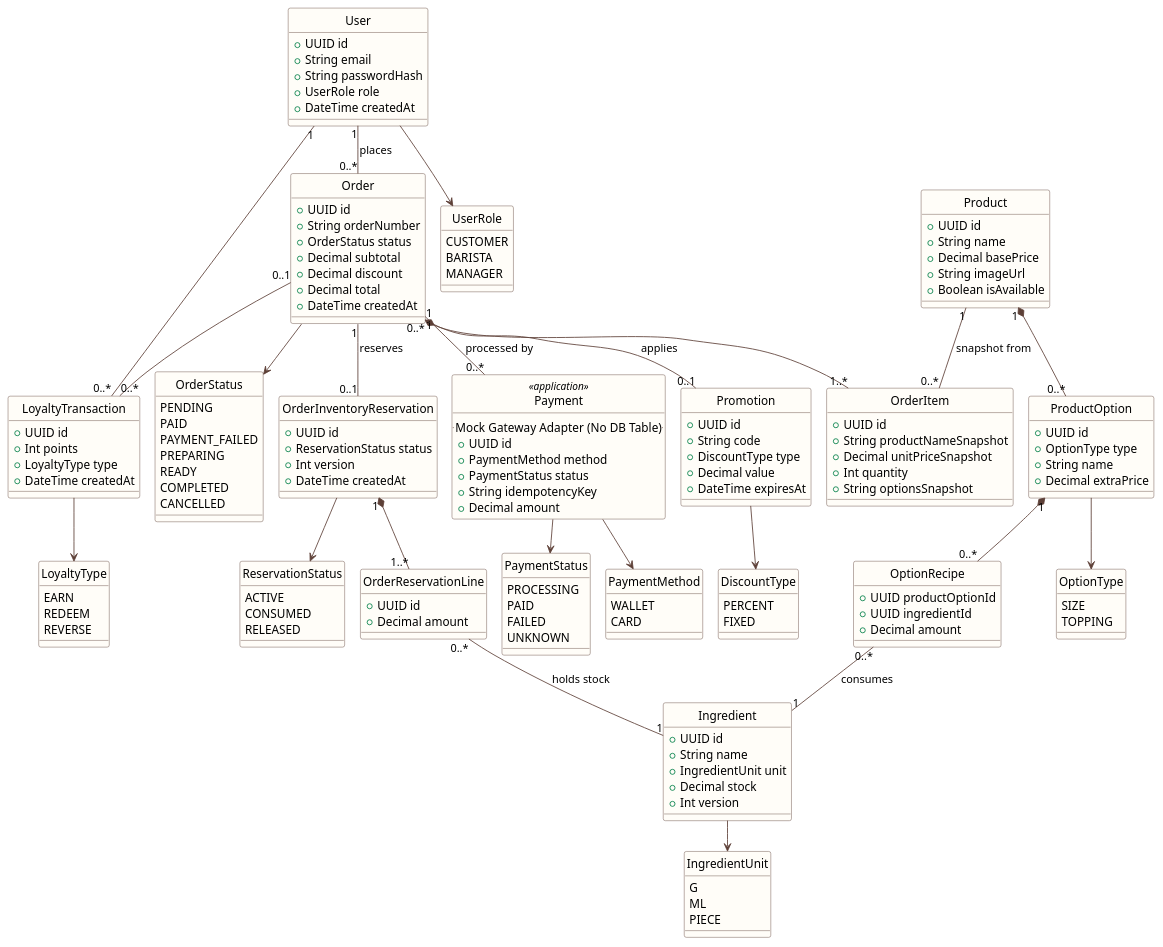
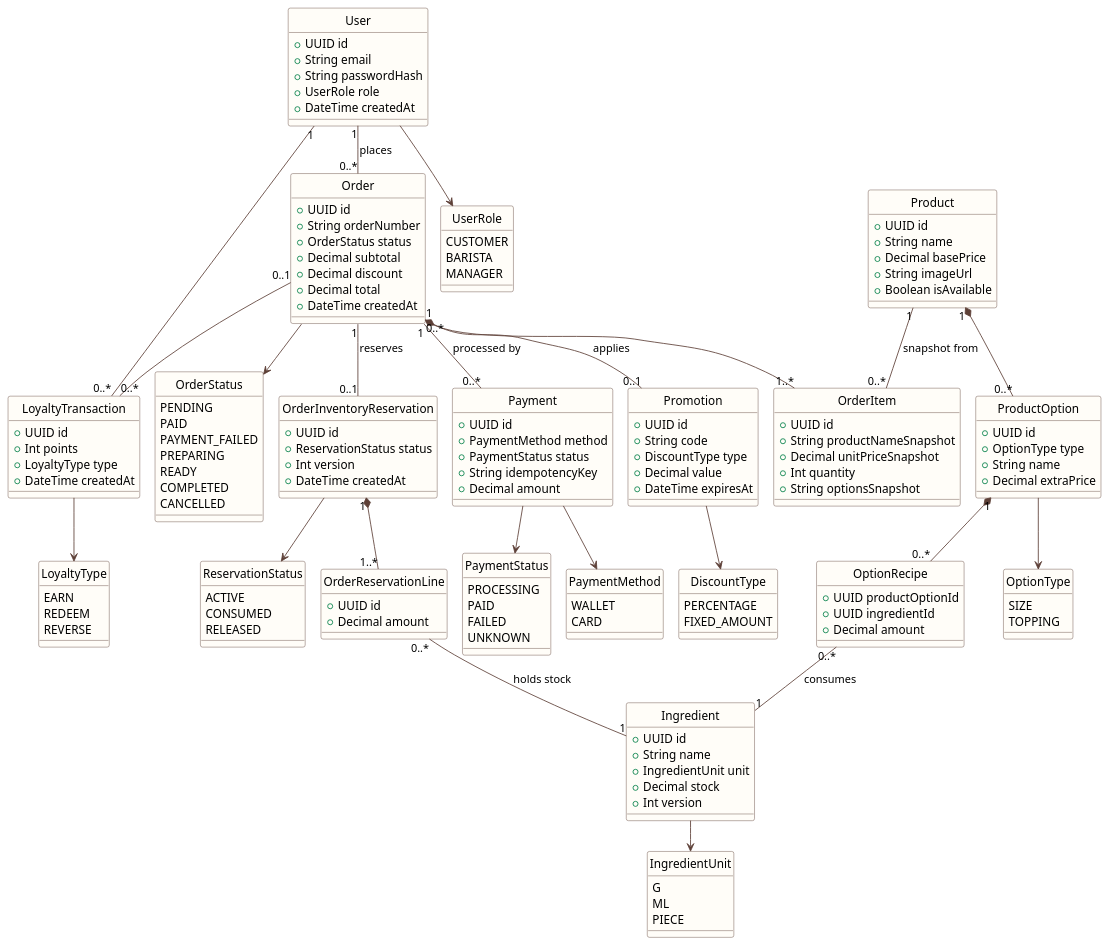
Before and after one commit to giakhoi0123/Brewlite_swe_project2: the diagram in docs/diagrams/class-domain.puml, drawn with PlantUML. The commit also changed 5 other files, not shown here.

First line of the commit message:
git commit -m "feat(barista): align order transitions with backend and sync domain diagrams

```diff
--- a/docs/diagrams/class-domain.puml
+++ b/docs/diagrams/class-domain.puml
@@ -1,173 +1,172 @@
 @startuml
 !pragma layout smetana
 skinparam shadowing false
 skinparam defaultFontName "Noto Sans"
 skinparam class {
   BackgroundColor #FFFDF8
   BorderColor #5D4037
   ArrowColor #5D4037
 }
 hide circle
 
 class User {
   +UUID id
   +String email
   +String passwordHash
   +UserRole role
   +DateTime createdAt
 }
 
 class Product {
   +UUID id
   +String name
   +Decimal basePrice
   +String imageUrl
   +Boolean isAvailable
 }
 
 class ProductOption {
   +UUID id
   +OptionType type
   +String name
   +Decimal extraPrice
 }
 
 class OptionRecipe {
   +UUID productOptionId
   +UUID ingredientId
   +Decimal amount
 }
 
 class Ingredient {
   +UUID id
   +String name
   +IngredientUnit unit
   +Decimal stock
   +Int version
 }
 
 class Order {
   +UUID id
   +String orderNumber
   +OrderStatus status
   +Decimal subtotal
   +Decimal discount
   +Decimal total
   +DateTime createdAt
 }
 
 class OrderItem {
   +UUID id
   +String productNameSnapshot
   +Decimal unitPriceSnapshot
   +Int quantity
   +String optionsSnapshot
 }
 
 class OrderInventoryReservation {
   +UUID id
   +ReservationStatus status
   +Int version
   +DateTime createdAt
 }
 
 class OrderReservationLine {
   +UUID id
   +Decimal amount
 }
 
-class Payment <<application>> {
-  .. Mock Gateway Adapter (No DB Table) ..
+class Payment {
   +UUID id
   +PaymentMethod method
   +PaymentStatus status
   +String idempotencyKey
   +Decimal amount
 }
 
 class Promotion {
   +UUID id
   +String code
   +DiscountType type
   +Decimal value
   +DateTime expiresAt
 }
 
 class LoyaltyTransaction {
   +UUID id
   +Int points
   +LoyaltyType type
   +DateTime createdAt
 }
 
 enum UserRole {
   CUSTOMER
   BARISTA
   MANAGER
 }
 enum OrderStatus {
   PENDING
   PAID
   PAYMENT_FAILED
   PREPARING
   READY
   COMPLETED
   CANCELLED
 }
 enum ReservationStatus {
   ACTIVE
   CONSUMED
   RELEASED
 }
 enum PaymentStatus {
   PROCESSING
   PAID
   FAILED
   UNKNOWN
 }
 enum PaymentMethod {
   WALLET
   CARD
 }
 enum OptionType {
   SIZE
   TOPPING
 }
 enum IngredientUnit {
   G
   ML
   PIECE
 }
 enum DiscountType {
-  PERCENT
-  FIXED
+  PERCENTAGE
+  FIXED_AMOUNT
 }
 enum LoyaltyType {
   EARN
   REDEEM
   REVERSE
 }
 
 User "1" -- "0..*" Order : places
 Order "1" *-- "1..*" OrderItem
 Order "1" -- "0..*" Payment : processed by
 Product "1" -- "0..*" OrderItem : snapshot from
 Product "1" *-- "0..*" ProductOption
 ProductOption "1" *-- "0..*" OptionRecipe
 OptionRecipe "0..*" -- "1" Ingredient : consumes
 Order "1" -- "0..1" OrderInventoryReservation : reserves
 OrderInventoryReservation "1" *-- "1..*" OrderReservationLine
 OrderReservationLine "0..*" -- "1" Ingredient : holds stock
 Order "0..*" -- "0..1" Promotion : applies
 User "1" -- "0..*" LoyaltyTransaction
 Order "0..1" -- "0..*" LoyaltyTransaction
 User --> UserRole
 Order --> OrderStatus
 OrderInventoryReservation --> ReservationStatus
 Payment --> PaymentStatus
 Payment --> PaymentMethod
 ProductOption --> OptionType
 Ingredient --> IngredientUnit
 Promotion --> DiscountType
 LoyaltyTransaction --> LoyaltyType
 @enduml
```
